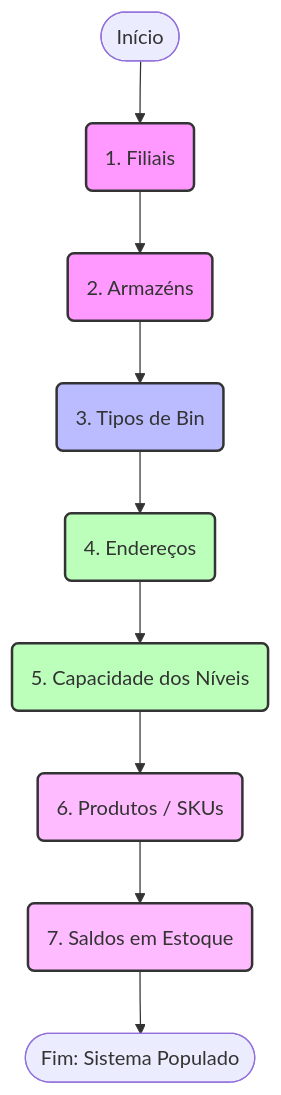
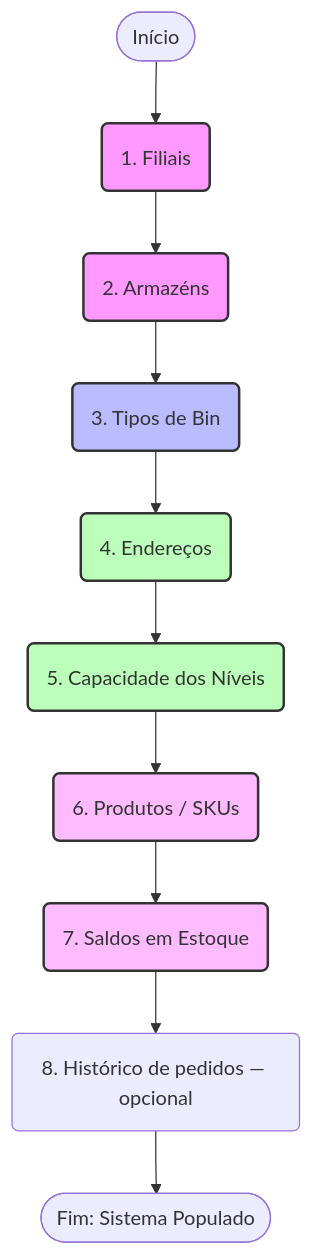
Before and after one commit to xflprflx/storage-optimization: the first of 5 diagrams in README.md, drawn with Mermaid. The commit also changed other lines of this file and 14 other files, not shown here.

````diff
--- a/README.md
+++ b/README.md
@@ -60,19 +60,20 @@
 ```mermaid
 flowchart TD
     A([Início]) --> B(1. Filiais)
     B --> C(2. Armazéns)
     C --> D(3. Tipos de Bin)
     D --> E(4. Endereços)
     E --> F(5. Capacidade dos Níveis)
     F --> G(6. Produtos / SKUs)
     G --> H(7. Saldos em Estoque)
-    H --> I([Fim: Sistema Populado])
+    H --> J(8. Histórico de pedidos — opcional)
+    J --> I([Fim: Sistema Populado])
 
     style B fill:#f9f,stroke:#333,stroke-width:2px
     style C fill:#f9f,stroke:#333,stroke-width:2px
     style D fill:#bbf,stroke:#333,stroke-width:2px
     style E fill:#bfb,stroke:#333,stroke-width:2px
     style F fill:#bfb,stroke:#333,stroke-width:2px
     style G fill:#fbf,stroke:#333,stroke-width:2px
     style H fill:#fbf,stroke:#333,stroke-width:2px
 ```
````
